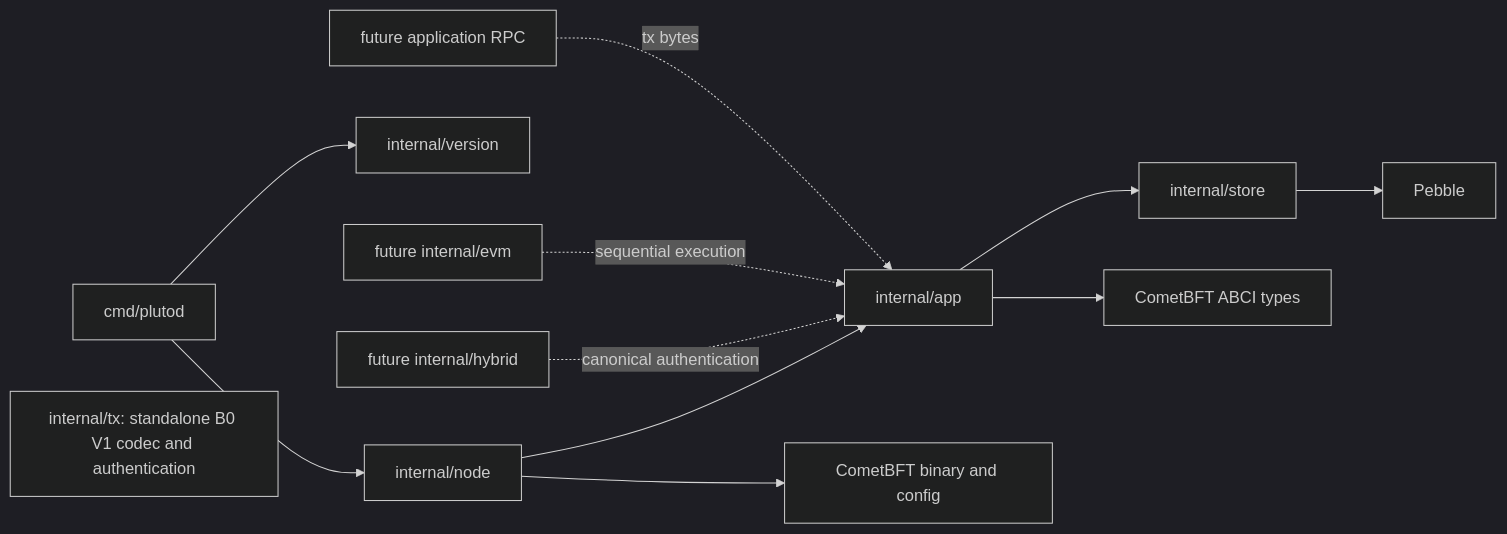
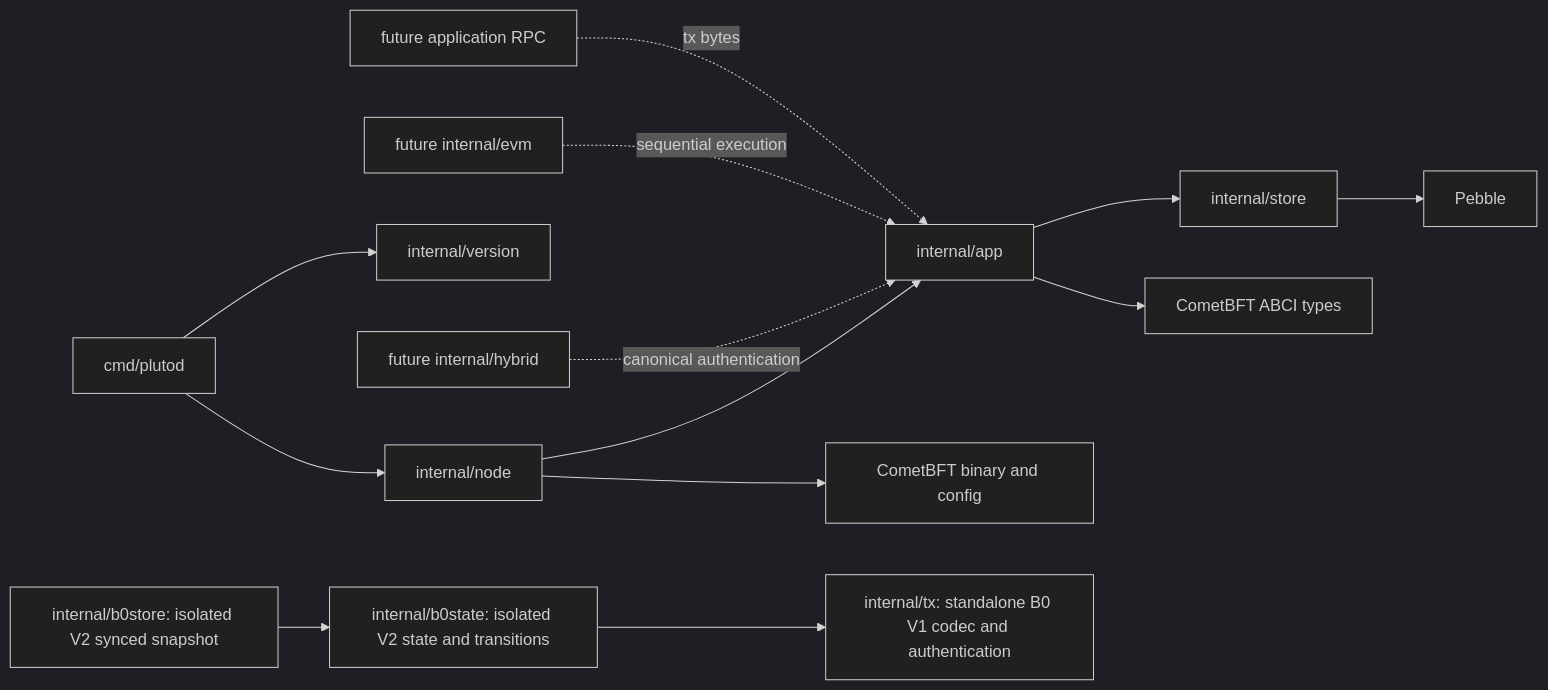
One commit to the-phong/DoS-in-Blockchain-PQC changed the third of 6 diagrams in research/ARCHITECTURE.md. Above: the diagram before and after it, drawn with Mermaid (dark theme). The commit also changed other lines of this file and 22 other files, not shown here.

````diff
--- a/research/ARCHITECTURE.md
+++ b/research/ARCHITECTURE.md
@@ -111,14 +117,16 @@
 ```mermaid
 flowchart LR
   CLI[cmd/plutod] --> Node[internal/node]
   Node --> App[internal/app]
   Node --> Comet[CometBFT binary and config]
   App --> Store[internal/store]
   App --> Types[CometBFT ABCI types]
   Store --> Pebble[Pebble]
   Library[internal/tx: standalone B0 V1 codec and authentication]
+  B0[internal/b0state: isolated V2 state and transitions] --> Library
+  B0Store[internal/b0store: isolated V2 synced snapshot] --> B0
   CLI --> Version[internal/version]
   Hybrid[future internal/hybrid] -. canonical authentication .-> App
   EVM[future internal/evm] -. sequential execution .-> App
   RPC[future application RPC] -. tx bytes .-> App
 ```
````
